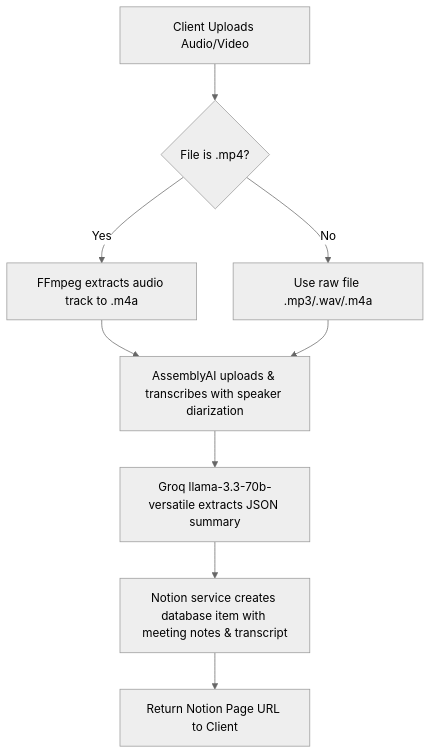
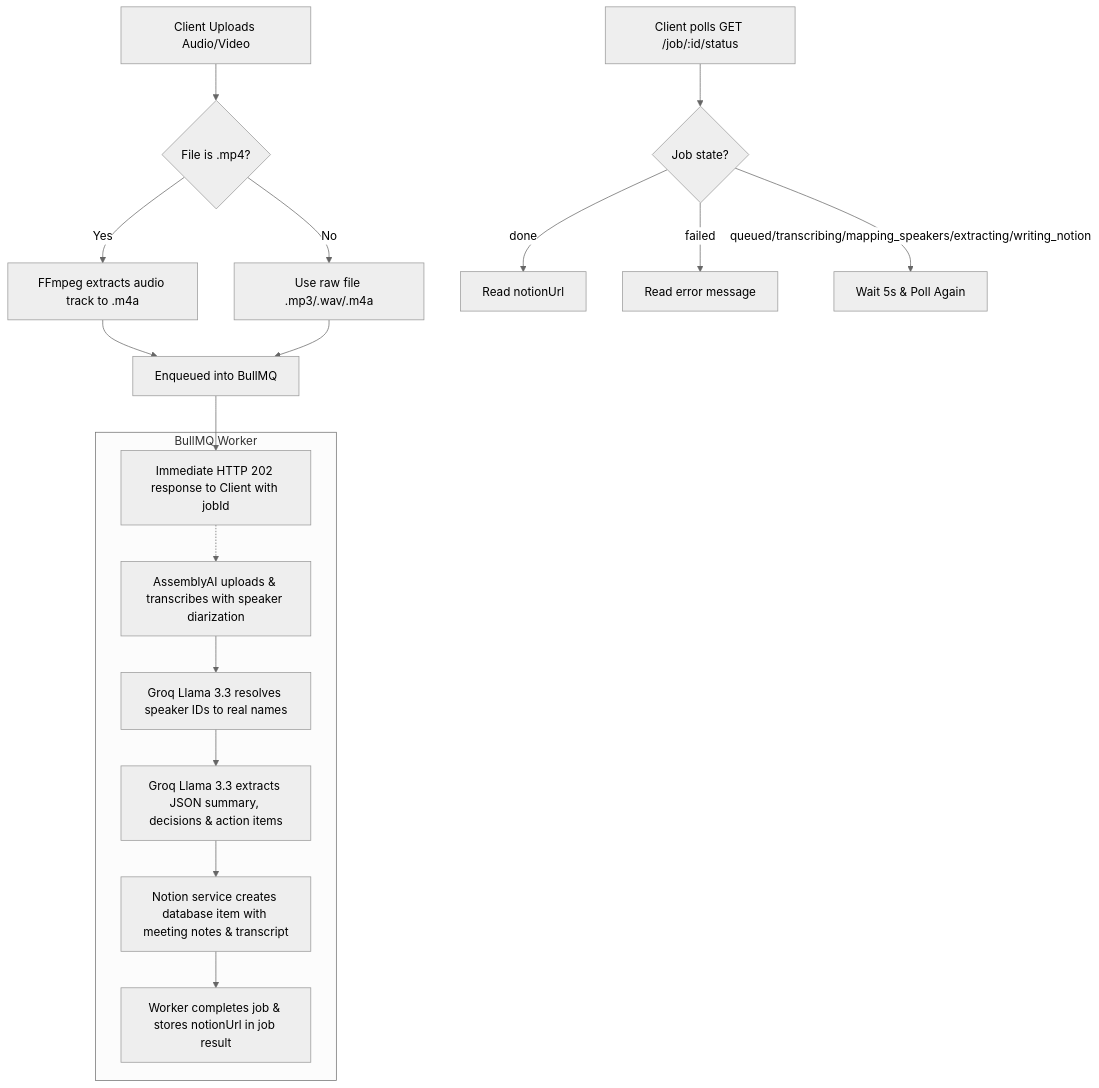
The diagram in README.md (Sarasbari/minuteforge-ai), drawn with Mermaid (neutral theme) before and after one commit. The commit also changed other lines of this file and 16 other files, not shown here.

Commit message:
feat: implement background transcription pipeline with BullMQ, Redis, and speaker name resolution

````diff
--- a/README.md
+++ b/README.md
@@ -7,11 +11,22 @@
 ```mermaid
 graph TD
     A[Client Uploads Audio/Video] --> B{File is .mp4?}
     B -- Yes --> C[FFmpeg extracts audio track to .m4a]
     B -- No --> D[Use raw file .mp3/.wav/.m4a]
-    C --> E[AssemblyAI uploads & transcribes with speaker diarization]
+    C --> E[Enqueued into BullMQ]
     D --> E
-    E --> F[Groq llama-3.3-70b-versatile extracts JSON summary]
-    F --> G[Notion service creates database item with meeting notes & transcript]
-    G --> H[Return Notion Page URL to Client]
+    E --> F[Immediate HTTP 202 response to Client with jobId]
+    
+    subgraph BullMQ Worker
+        F .-> G[AssemblyAI uploads & transcribes with speaker diarization]
+        G --> H[Groq Llama 3.3 resolves speaker IDs to real names]
+        H --> I[Groq Llama 3.3 extracts JSON summary, decisions & action items]
+        I --> J[Notion service creates database item with meeting notes & transcript]
+        J --> K[Worker completes job & stores notionUrl in job result]
+    end
+    
+    L[Client polls GET /job/:id/status] --> M{Job state?}
+    M -- done --> N[Read notionUrl]
+    M -- failed --> O[Read error message]
+    M -- queued/transcribing/mapping_speakers/extracting/writing_notion --> P[Wait 5s & Poll Again]
 ```
````
